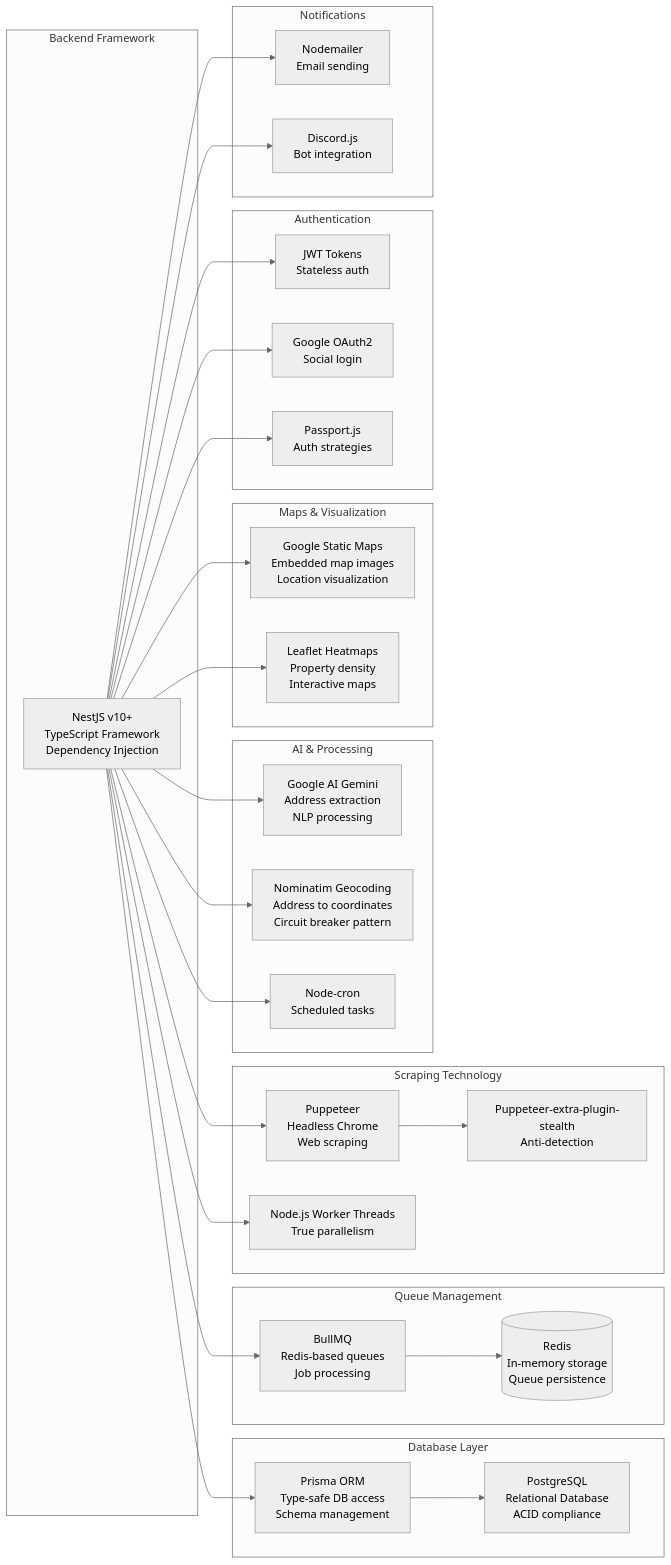
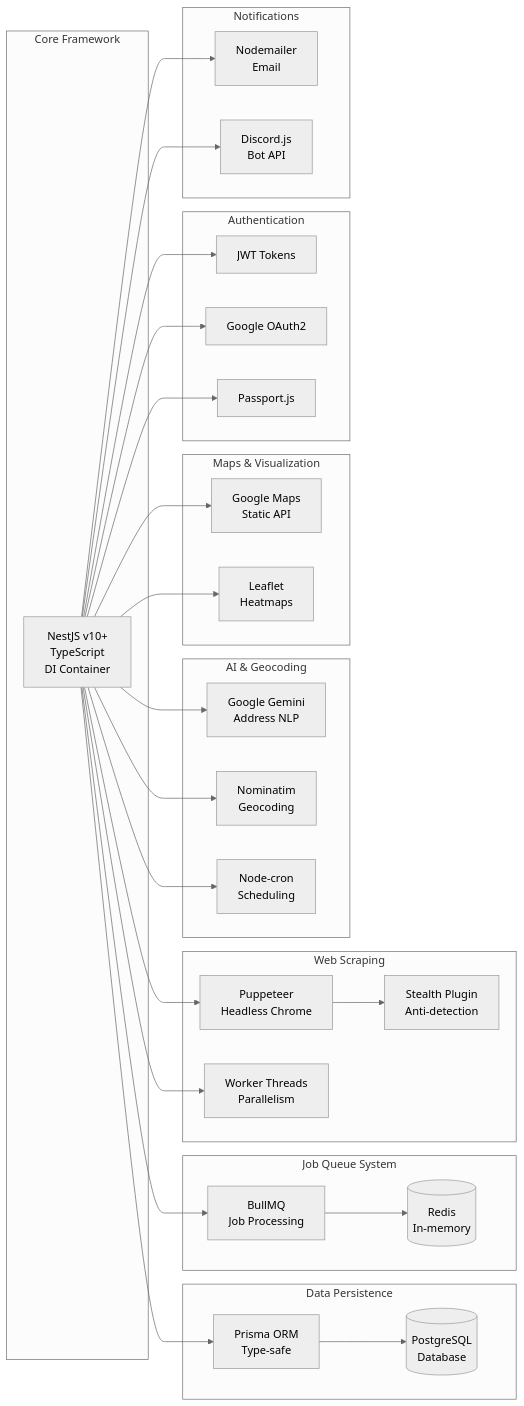
The third of 8 diagrams in README.md (Mieszkaniownik/mieszkaniownik), drawn with Mermaid (neutral theme) before and after one commit. The commit also changed other lines of this file and 2 other files, not shown here.

````diff
--- a/README.md
+++ b/README.md
@@ -144,62 +169,50 @@
 ```mermaid
 graph LR
-    subgraph "Backend Framework"
-        NEST[NestJS v10+<br/>TypeScript Framework<br/>Dependency Injection]
+    subgraph CORE["Core Framework"]
+        NEST[NestJS v10+<br/>TypeScript<br/>DI Container]
     end
 
-    subgraph "Database Layer"
-        PRISMA[Prisma ORM<br/>Type-safe DB access<br/>Schema management]
-        PG[PostgreSQL<br/>Relational Database<br/>ACID compliance]
+    subgraph DB["Data Persistence"]
+        PRISMA[Prisma ORM<br/>Type-safe]
+        PG[(PostgreSQL<br/>Database)]
     end
 
-    subgraph "Queue Management"
-        BULLMQ[BullMQ<br/>Redis-based queues<br/>Job processing]
-        REDIS_DB[(Redis<br/>In-memory storage<br/>Queue persistence)]
+    subgraph QUEUE["Job Queue System"]
+        BULLMQ[BullMQ<br/>Job Processing]
+        REDIS[(Redis<br/>In-memory)]
     end
 
-    subgraph "Scraping Technology"
-        PUPPETEER[Puppeteer<br/>Headless Chrome<br/>Web scraping]
-        STEALTH[Puppeteer-extra-plugin-stealth<br/>Anti-detection]
-        WORKER[Node.js Worker Threads<br/>True parallelism]
+    subgraph SCRAPE["Web Scraping"]
+        PUPPETEER[Puppeteer<br/>Headless Chrome]
+        STEALTH[Stealth Plugin<br/>Anti-detection]
+        WORKER[Worker Threads<br/>Parallelism]
     end
 
-    subgraph "AI & Processing"
-        GOOGLE_AI[Google AI Gemini<br/>Address extraction<br/>NLP processing]
-        GEOCODING[Nominatim Geocoding<br/>Address to coordinates<br/>Circuit breaker pattern]
-        SCHEDULER[Node-cron<br/>Scheduled tasks]
+    subgraph AI["AI & Geocoding"]
+        GOOGLE_AI[Google Gemini<br/>Address NLP]
+        NOMINATIM[Nominatim<br/>Geocoding]
+        SCHEDULER[Node-cron<br/>Scheduling]
     end
 
-    subgraph "Maps & Visualization"
-        STATIC_MAPS[Google Static Maps<br/>Embedded map images<br/>Location visualization]
-        HEATMAP[Leaflet Heatmaps<br/>Property density<br/>Interactive maps]
+    subgraph MAPS["Maps & Visualization"]
+        GMAPS[Google Maps<br/>Static API]
+        HEATMAP[Leaflet<br/>Heatmaps]
     end
 
-    subgraph "Authentication"
-        JWT[JWT Tokens<br/>Stateless auth]
-        OAUTH[Google OAuth2<br/>Social login]
-        PASSPORT[Passport.js<br/>Auth strategies]
+    subgraph AUTH["Authentication"]
+        JWT[JWT Tokens]
+        OAUTH[Google OAuth2]
+        PASSPORT[Passport.js]
     end
 
-    subgraph "Notifications"
-        NODEMAILER[Nodemailer<br/>Email sending]
-        DISCORD_JS[Discord.js<br/>Bot integration]
+    subgraph NOTIF["Notifications"]
+        NODEMAILER[Nodemailer<br/>Email]
+        DISCORD[Discord.js<br/>Bot API]
     end
 
-    NEST --> PRISMA
+    %% Connections
+    NEST --> PRISMA & BULLMQ & PUPPETEER & WORKER & GOOGLE_AI & NOMINATIM & SCHEDULER & JWT & OAUTH & PASSPORT & NODEMAILER & DISCORD & GMAPS & HEATMAP
     PRISMA --> PG
-    NEST --> BULLMQ
-    BULLMQ --> REDIS_DB
-    NEST --> PUPPETEER
+    BULLMQ --> REDIS
     PUPPETEER --> STEALTH
-    NEST --> WORKER
-    NEST --> GOOGLE_AI
-    NEST --> GEOCODING
-    NEST --> SCHEDULER
-    NEST --> JWT
-    NEST --> OAUTH
-    NEST --> PASSPORT
-    NEST --> NODEMAILER
-    NEST --> DISCORD_JS
-    NEST --> STATIC_MAPS
-    NEST --> HEATMAP
 ```
````
